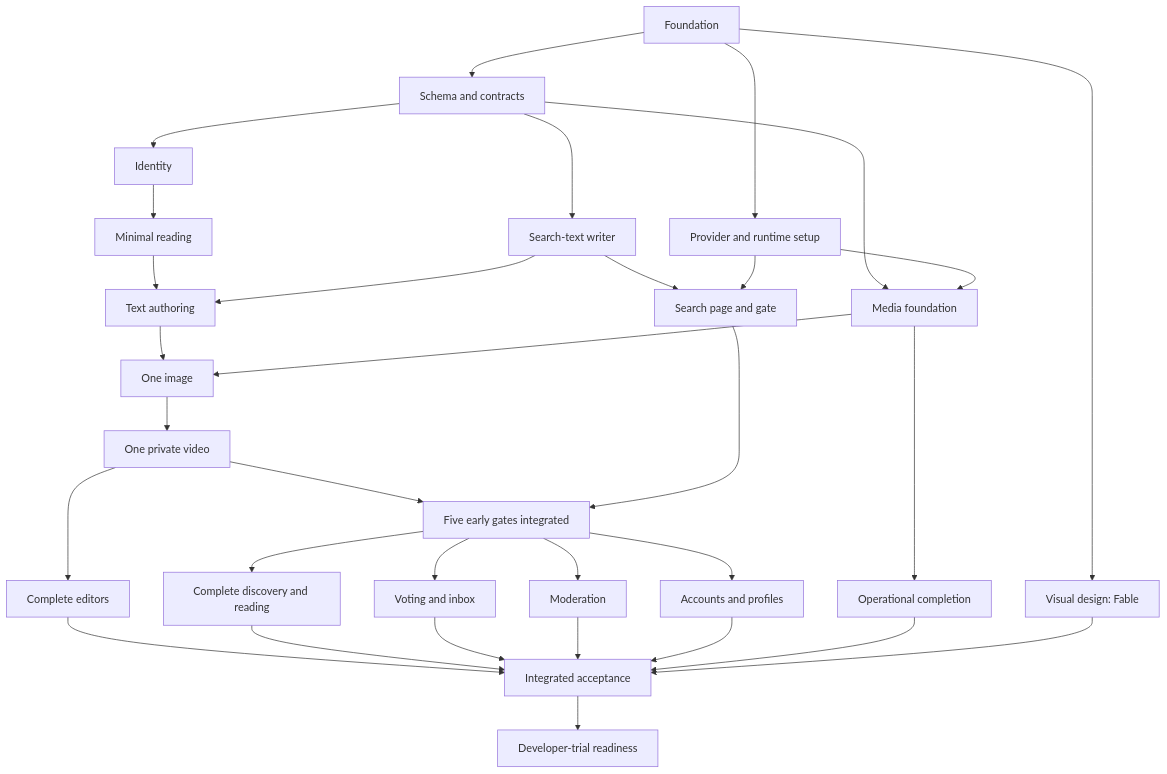
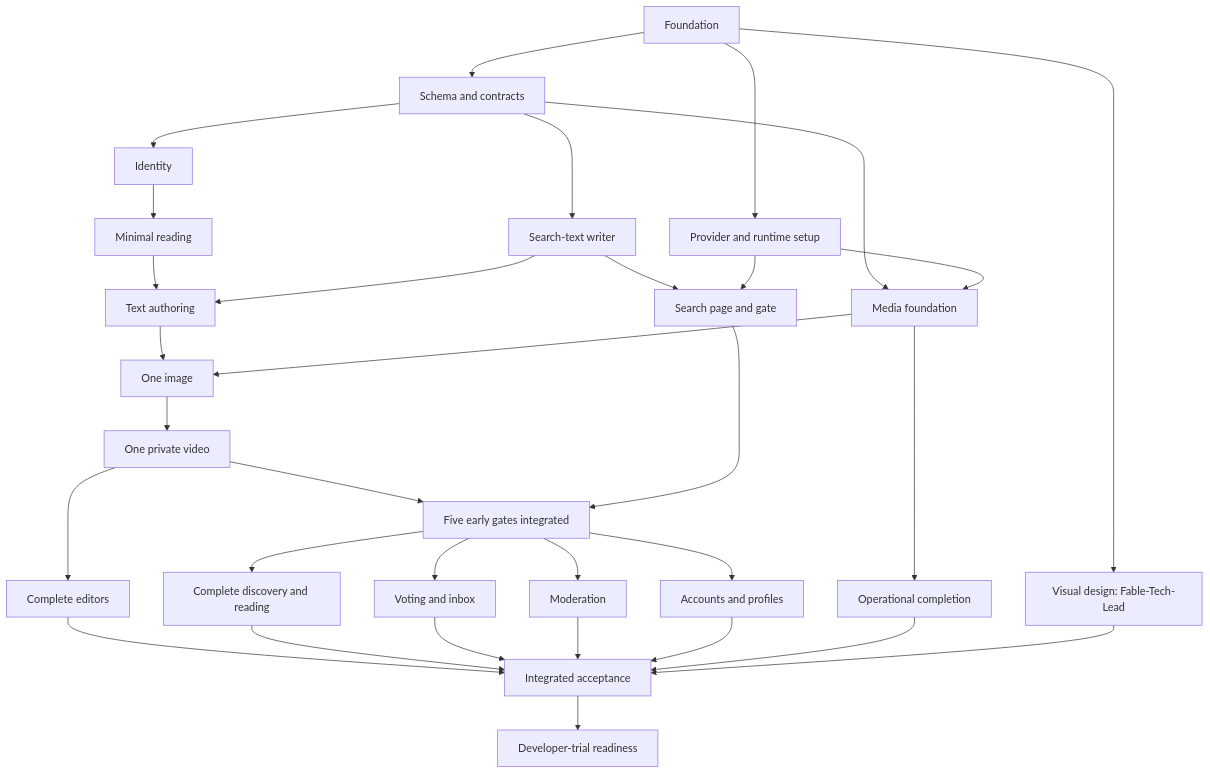
The diagram in docs/implementation/implementation-plan.md (chenghanlee/tips), drawn with Mermaid before and after one commit. The commit also changed other lines of this file and 3 other files, not shown here.

````diff
--- a/docs/implementation/implementation-plan.md
+++ b/docs/implementation/implementation-plan.md
@@ -85,34 +85,34 @@
 ```mermaid
 flowchart TD
     P0[Foundation] --> P1[Schema and contracts]
     P0 --> P13a[Provider and runtime setup]
     P1 --> P2[Identity]
     P1 --> P4a[Search-text writer]
     P4a --> P4b[Search page and gate]
     P13a --> P4b
     P1 --> P5[Media foundation]
     P13a --> P5
     P2 --> P9a[Minimal reading]
     P9a --> P3[Text authoring]
     P4a --> P3
     P3 --> P6[One image]
     P5 --> P6
     P6 --> P7[One private video]
     P7 --> M1[Five early gates integrated]
     P4b --> M1
     P7 --> P8[Complete editors]
     M1 --> P9b[Complete discovery and reading]
     M1 --> P10[Voting and inbox]
     M1 --> P11[Moderation]
     M1 --> P12[Accounts and profiles]
     P5 --> P13b[Operational completion]
     P8 --> P14[Integrated acceptance]
     P9b --> P14
     P10 --> P14
     P11 --> P14
     P12 --> P14
     P13b --> P14
-    P0 --> P16[Visual design: Fable]
+    P0 --> P16[Visual design: Fable-Tech-Lead]
     P16 --> P14
     P14 --> P15[Developer-trial readiness]
 ```
````
